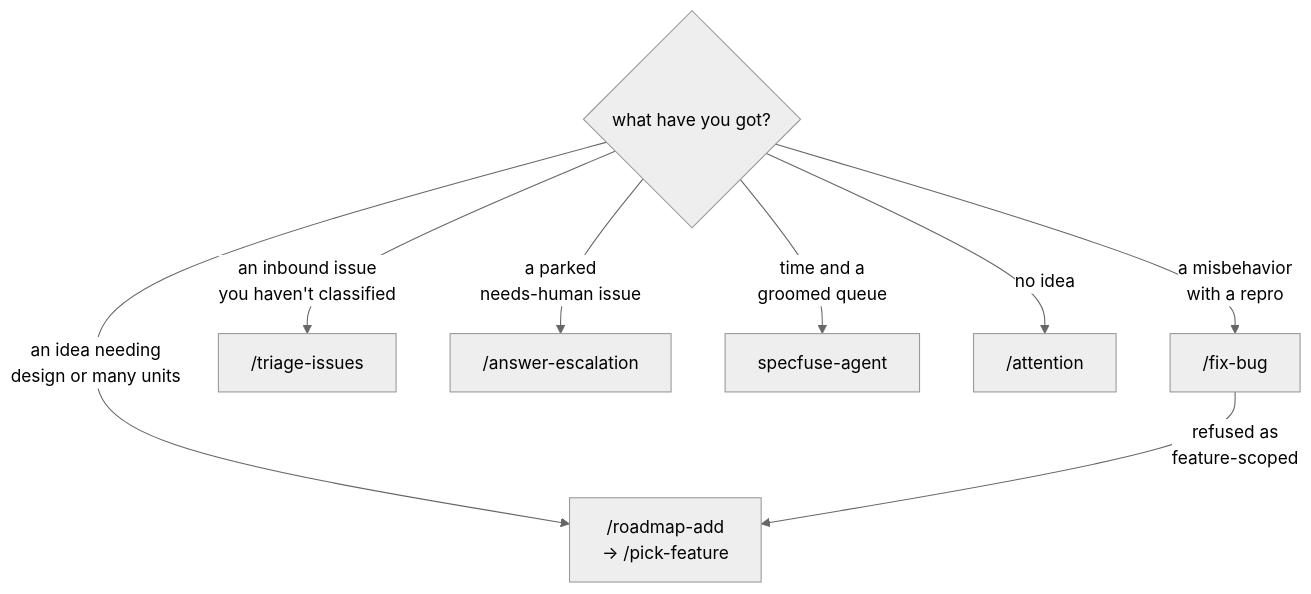
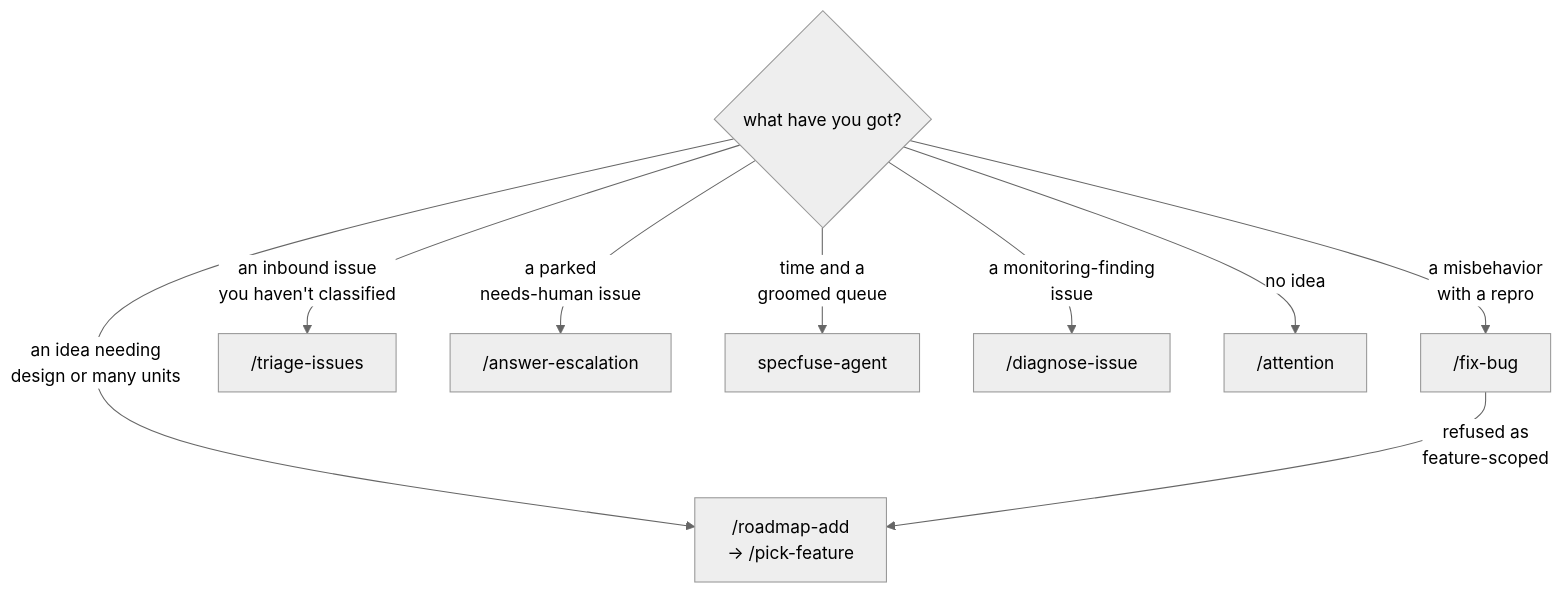
One commit to specfuse/loop changed the eighth of 8 diagrams in docs/lifecycles.md. Above: the diagram before and after it, drawn with Mermaid (neutral theme). The commit also changed other lines of this file and 16 other files, not shown here.

First line of the commit message:
docs: explain the monitoring-to-fix flow and ship the monitoring docs (#3500)

````diff
--- a/docs/lifecycles.md
+++ b/docs/lifecycles.md
@@ -319,11 +357,12 @@
 ```mermaid
 flowchart TD
     Q{"what have you got?"} -->|"a misbehavior<br/>with a repro"| BUG["/fix-bug"]
     Q -->|"an idea needing<br/>design or many units"| FEAT["/roadmap-add<br/>&rarr; /pick-feature"]
     Q -->|"an inbound issue<br/>you haven't classified"| TRI["/triage-issues"]
     Q -->|"a parked<br/>needs-human issue"| ANS["/answer-escalation"]
     Q -->|"time and a<br/>groomed queue"| AGENT["specfuse-agent"]
+    Q -->|"a monitoring-finding<br/>issue"| DIAG["/diagnose-issue"]
     Q -->|"no idea"| ATT["/attention"]
 
     BUG -->|"refused as<br/>feature-scoped"| FEAT
 ```
````
